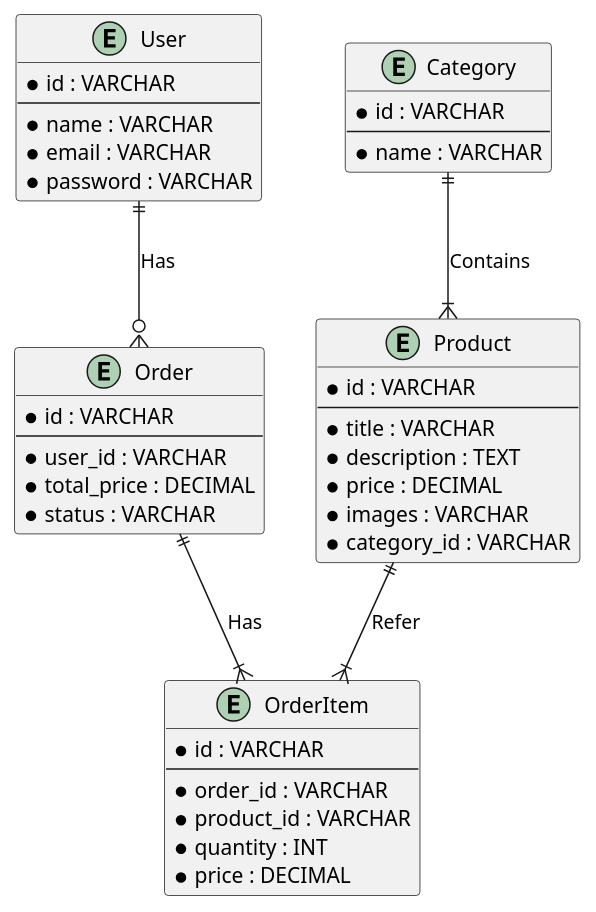
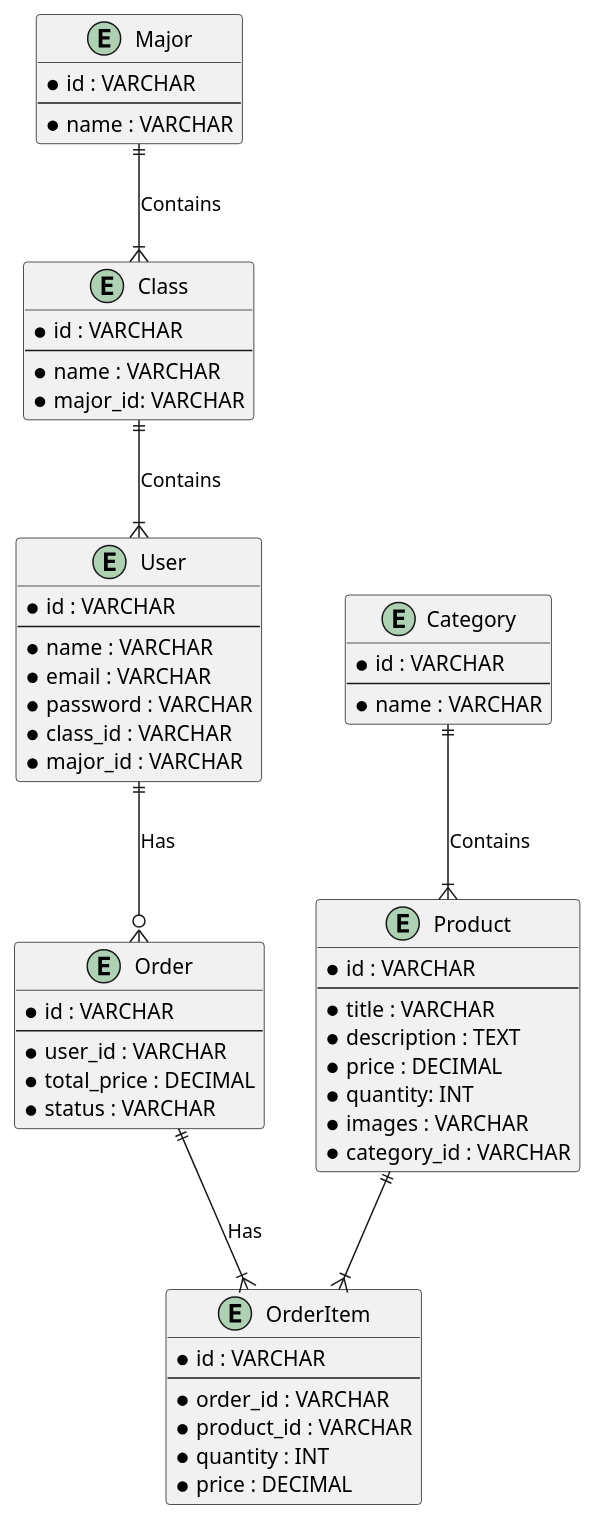
The diagram in database-design.puml (abirangers/toko-john), drawn with PlantUML before and after one commit. The commit also changed 124 other files, not shown here.

```diff
--- a/database-design.puml
+++ b/database-design.puml
@@ -1,49 +1,67 @@
 @startuml
 
 entity Product {
     * id : VARCHAR
     --
     * title : VARCHAR
     * description : TEXT
     * price : DECIMAL
+    * quantity: INT
     * images : VARCHAR
     * category_id : VARCHAR
 }
 
 entity Category {
+    * id : VARCHAR
+    --
+    * name : VARCHAR
+}
+
+entity Class {
+    * id : VARCHAR
+    --
+    * name : VARCHAR
+    * major_id: VARCHAR
+}
+
+entity Major {
     * id : VARCHAR
     --
     * name : VARCHAR
 }
 
 entity User {
     * id : VARCHAR
     --
     * name : VARCHAR
     * email : VARCHAR
     * password : VARCHAR
+    * class_id : VARCHAR
+    * major_id : VARCHAR
 }
 
 entity Order {
     * id : VARCHAR
     --
     * user_id : VARCHAR
     * total_price : DECIMAL
     * status : VARCHAR
 }
 
 entity OrderItem {
     * id : VARCHAR
     --
     * order_id : VARCHAR
     * product_id : VARCHAR
     * quantity : INT
     * price : DECIMAL
 }
 
 Category ||--|{ Product : Contains
+Major ||--|{ Class : Contains
+Class ||--|{ User : Contains
 User ||--o{ Order : Has
 Order ||--|{ OrderItem : Has
-Product ||--|{ OrderItem : Refer
+Product ||--|{ OrderItem
 
 @enduml
```
